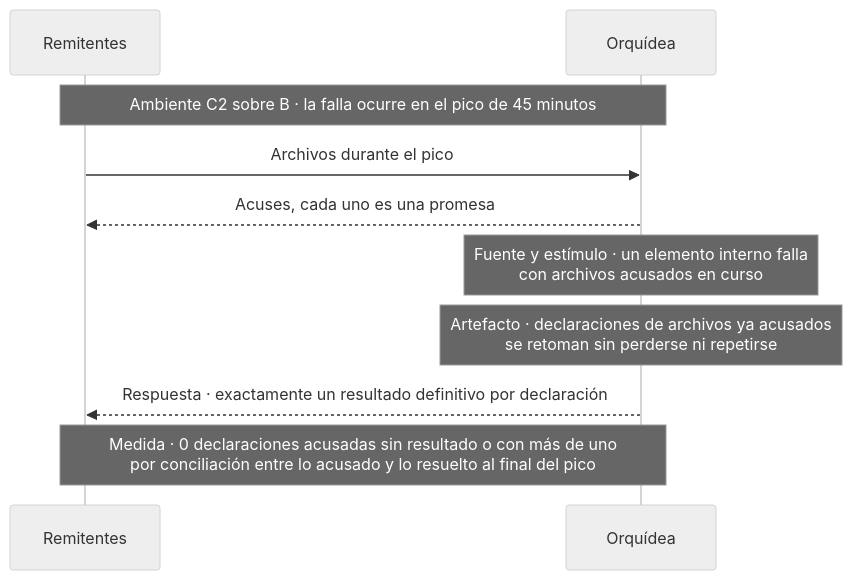
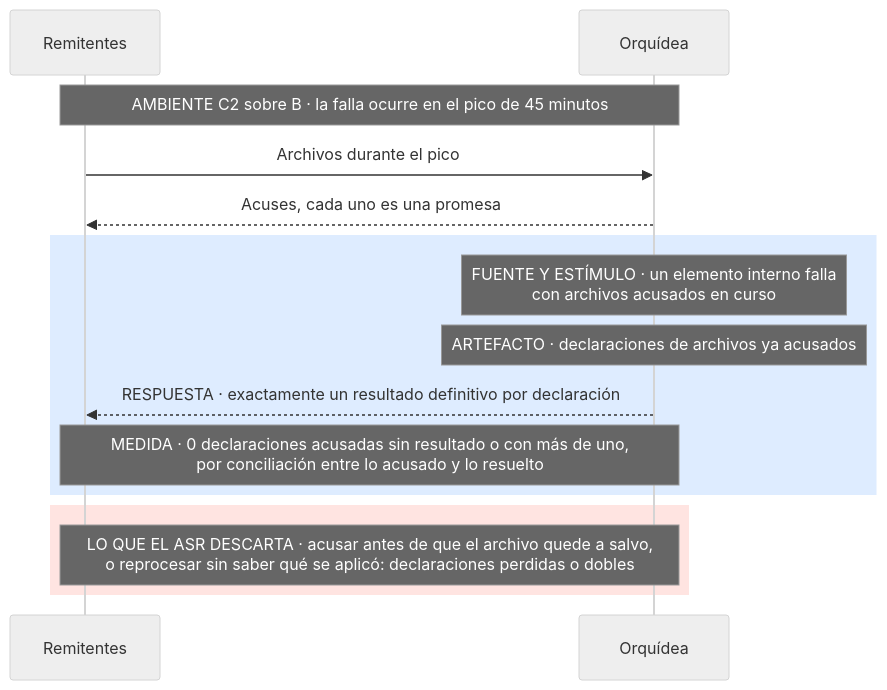
The eighth of 17 diagrams in docs/quality-attributes.md (MATI-MBIT/arqsoft-reto-4), drawn with Mermaid (neutral theme) before and after one commit. The commit also changed other lines of this file, not shown here.

Commit message:
Rediseña los diagramas de los ASR: banda de lo medido y banda de lo que el ASR descarta

````diff
--- a/docs/quality-attributes.md
+++ b/docs/quality-attributes.md
@@ -368,12 +412,17 @@
 ```mermaid
 sequenceDiagram
     participant R as Remitentes
     participant O as Orquídea
-    Note over R,O: Ambiente C2 sobre B · la falla ocurre en el pico de 45 minutos
+    Note over R,O: AMBIENTE C2 sobre B · la falla ocurre en el pico de 45 minutos
     R->>O: Archivos durante el pico
     O-->>R: Acuses, cada uno es una promesa
-    Note over O: Fuente y estímulo · un elemento interno falla<br/>con archivos acusados en curso
-    Note over O: Artefacto · declaraciones de archivos ya acusados<br/>se retoman sin perderse ni repetirse
-    O-->>R: Respuesta · exactamente un resultado definitivo por declaración
-    Note over R,O: Medida · 0 declaraciones acusadas sin resultado o con más de uno<br/>por conciliación entre lo acusado y lo resuelto al final del pico
+    rect rgb(222, 236, 255)
+    Note over O: FUENTE Y ESTÍMULO · un elemento interno falla<br/>con archivos acusados en curso
+    Note over O: ARTEFACTO · declaraciones de archivos ya acusados
+    O-->>R: RESPUESTA · exactamente un resultado definitivo por declaración
+    Note over R,O: MEDIDA · 0 declaraciones acusadas sin resultado o con más de uno,<br/>por conciliación entre lo acusado y lo resuelto
+    end
+    rect rgb(255, 228, 225)
+    Note over R,O: LO QUE EL ASR DESCARTA · acusar antes de que el archivo quede a salvo,<br/>o reprocesar sin saber qué se aplicó: declaraciones perdidas o dobles
+    end
 ```
````
